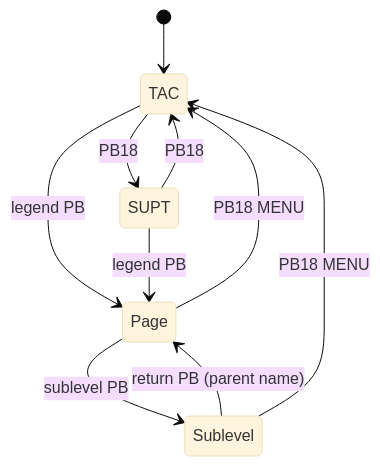
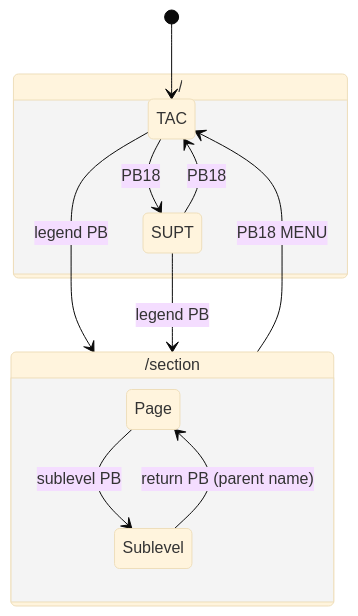
Before and after one commit to dMARLAN/personal-website: the diagram in docs/design.md, drawn with Mermaid (base theme). The commit also changed other lines of this file and 41 other files, not shown here.

First line of the commit message:
Slim the bezel, drop the selector, add day/night theme and in-place TAC/SUPT toggle

````diff
--- a/docs/design.md
+++ b/docs/design.md
@@ -568,12 +624,15 @@
 ```mermaid
 stateDiagram-v2
   [*] --> TAC
-  TAC --> SUPT: PB18
-  SUPT --> TAC: PB18
-  TAC --> Page: legend PB
-  SUPT --> Page: legend PB
-  Page --> Sublevel: sublevel PB
-  Sublevel --> Page: return PB (parent name)
-  Page --> TAC: PB18 MENU
-  Sublevel --> TAC: PB18 MENU
+  state "/" as Menu {
+    TAC --> SUPT: PB18
+    SUPT --> TAC: PB18
+  }
+  TAC --> Section: legend PB
+  SUPT --> Section: legend PB
+  state "/section" as Section {
+    Page --> Sublevel: sublevel PB
+    Sublevel --> Page: return PB (parent name)
+  }
+  Section --> TAC: PB18 MENU
 ```
````
